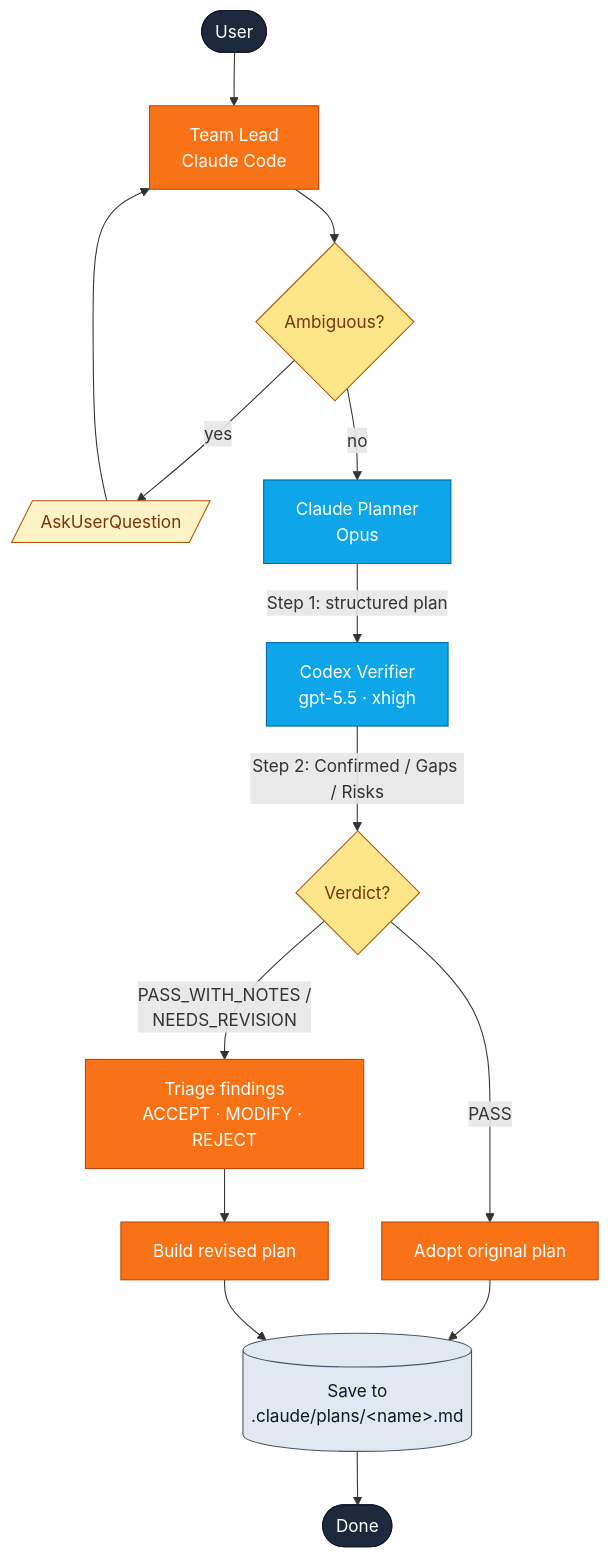
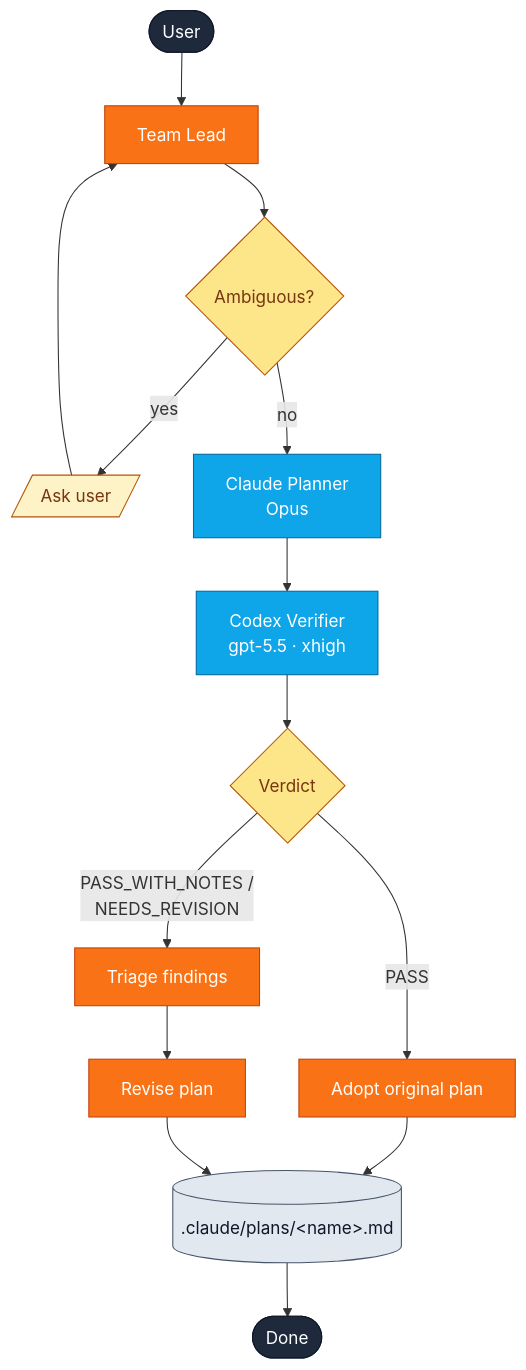
Before and after one commit to yunmango/yunmango-claude-plugins: the first of 2 diagrams in docs/skills/plan-verify.md, drawn with Mermaid. The commit also changed other lines of this file and 9 other files, not shown here.

First line of the commit message:
docs(site): trim verbose explanations, keep diagrams + tables

````diff
--- a/docs/skills/plan-verify.md
+++ b/docs/skills/plan-verify.md
@@ -27,31 +19,21 @@
 ```mermaid
 flowchart TD
-    User([User]):::actor
-    Lead[Team Lead<br/>Claude Code]:::lead
-    Q{Ambiguous?}:::decision
-    Ask[/AskUserQuestion/]:::io
-    CP[Claude Planner<br/>Opus]:::agent
-    CV[Codex Verifier<br/>gpt-5.5 · xhigh]:::agent
-    V{Verdict?}:::decision
-    Adopt[Adopt original plan]:::lead
-    Triage[Triage findings<br/>ACCEPT · MODIFY · REJECT]:::lead
-    Build[Build revised plan]:::lead
-    Save[(Save to<br/>.claude/plans/&lt;name&gt;.md)]:::store
-    Done([Done]):::actor
-
-    User --> Lead --> Q
-    Q -- yes --> Ask --> Lead
-    Q -- no --> CP
-    CP -- "Step 1: structured plan" --> CV
-    CV -- "Step 2: Confirmed / Gaps / Risks" --> V
-    V -- PASS --> Adopt --> Save
-    V -- "PASS_WITH_NOTES /<br/>NEEDS_REVISION" --> Triage --> Build --> Save
-    Save --> Done
+    User([User]):::actor --> Lead[Team Lead]:::lead
+    Lead --> Q{Ambiguous?}:::decision
+    Q -- yes --> Ask[/Ask user/]:::io --> Lead
+    Q -- no --> CP[Claude Planner<br/>Opus]:::agent
+    CP --> CV[Codex Verifier<br/>gpt-5.5 · xhigh]:::agent
+    CV --> V{Verdict}:::decision
+    V -- PASS --> Adopt[Adopt original plan]:::lead
+    V -- "PASS_WITH_NOTES /<br/>NEEDS_REVISION" --> Triage[Triage findings]:::lead --> Build[Revise plan]:::lead
+    Adopt --> Save[(.claude/plans/&lt;name&gt;.md)]:::store
+    Build --> Save
+    Save --> Done([Done]):::actor
 
     classDef actor fill:#1e293b,color:#fff,stroke:#0f172a;
     classDef lead fill:#f97316,color:#fff,stroke:#c2410c;
     classDef agent fill:#0ea5e9,color:#fff,stroke:#0369a1;
     classDef decision fill:#fde68a,color:#78350f,stroke:#b45309;
     classDef io fill:#fef3c7,color:#78350f,stroke:#b45309;
     classDef store fill:#e2e8f0,color:#0f172a,stroke:#475569;
 ```
````
